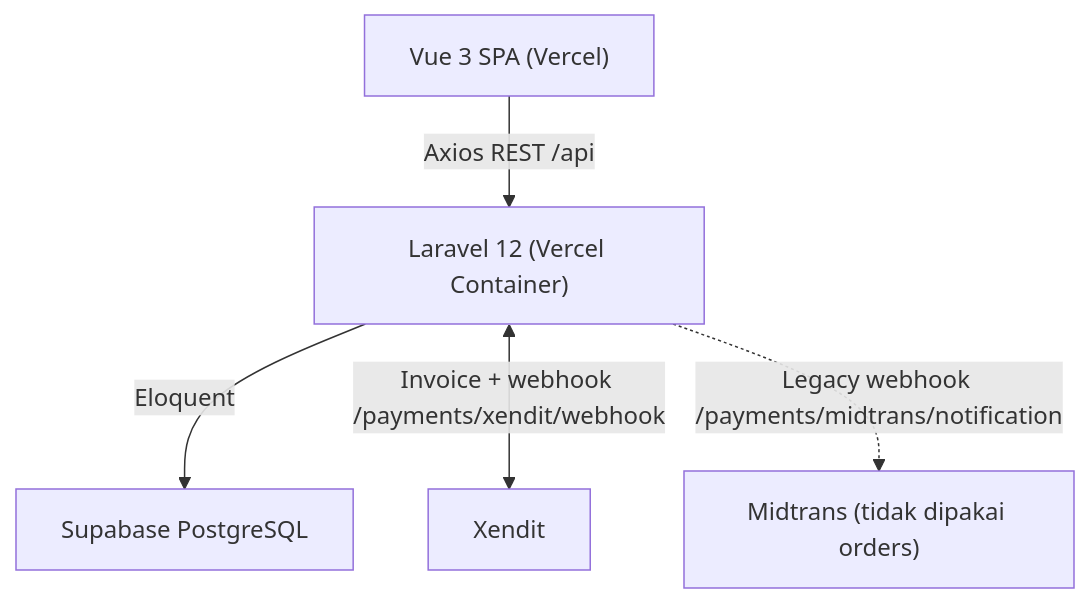
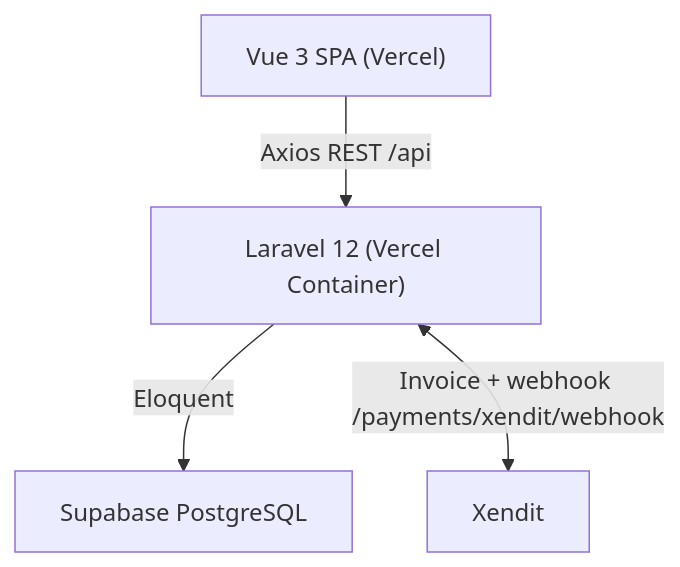
Before and after one commit to Kanzacky/E-Ticket-Sarangan: the diagram in README.md, drawn with Mermaid. The commit also changed other lines of this file and 9 other files, not shown here.

````diff
--- a/README.md
+++ b/README.md
@@ -45,7 +44,6 @@
 ```mermaid
 graph TD;
     Vue["Vue 3 SPA (Vercel)"] -->|Axios REST /api| Laravel["Laravel 12 (Vercel Container)"];
     Laravel -->|Eloquent| Postgres["Supabase PostgreSQL"];
     Laravel <-->|Invoice + webhook /payments/xendit/webhook| Xendit["Xendit"];
-    Laravel -.->|Legacy webhook /payments/midtrans/notification| Midtrans["Midtrans (tidak dipakai orders)"]
 ```
````
